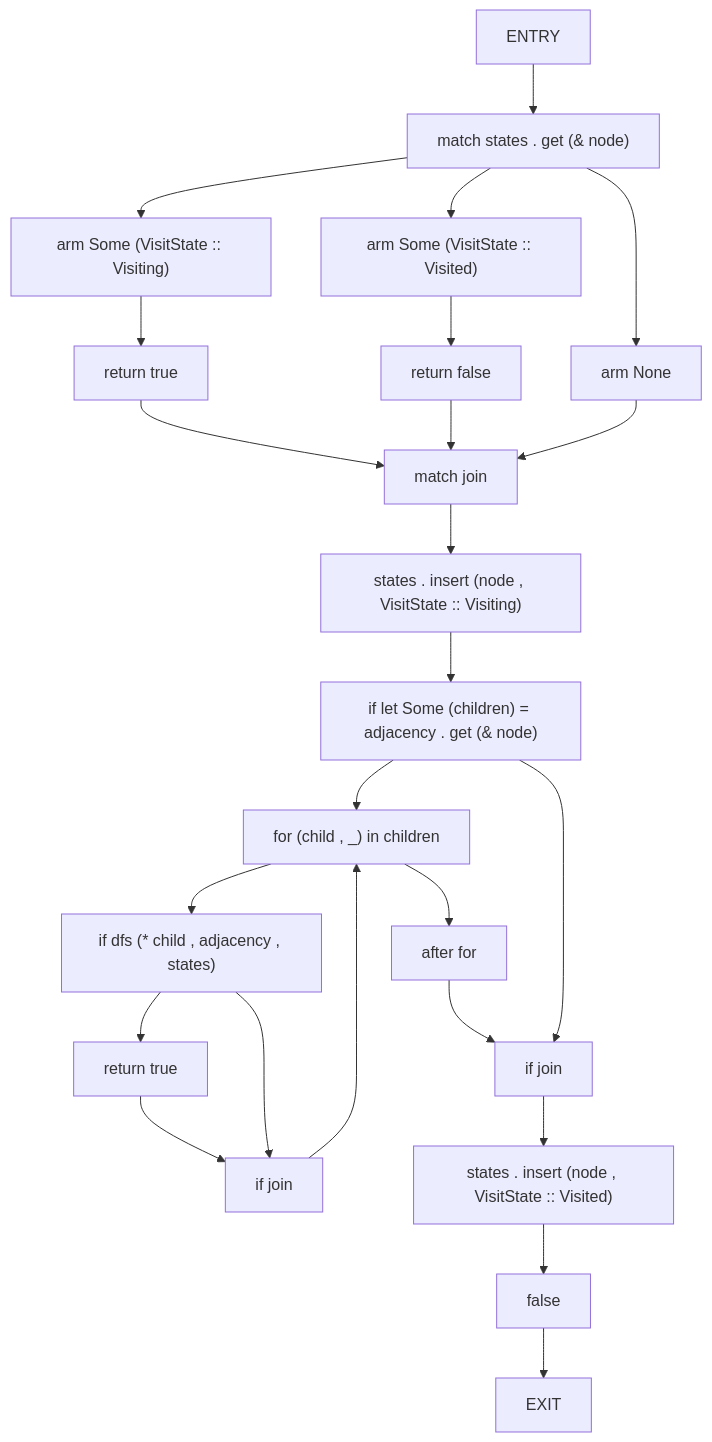
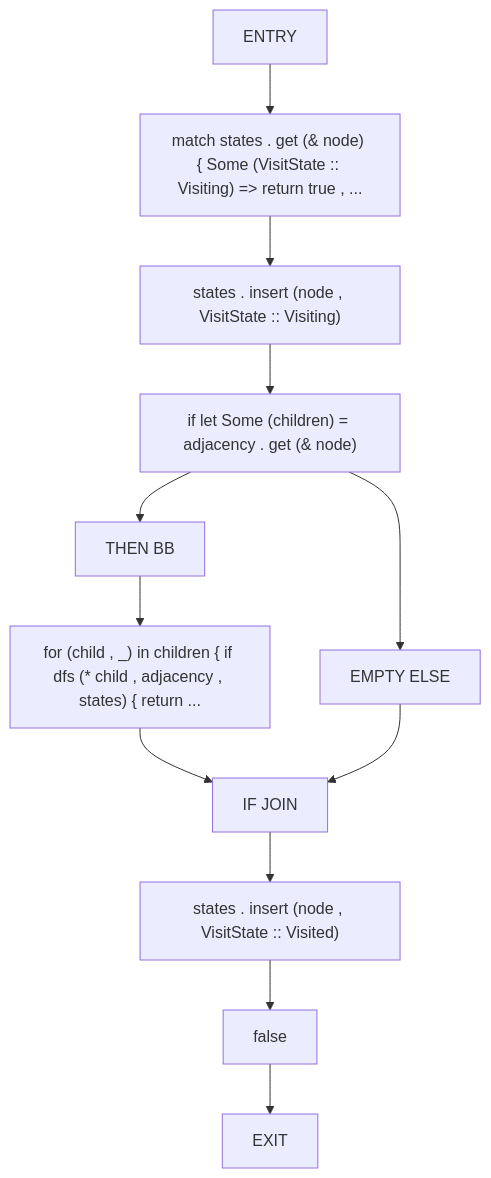
One commit to cicero-violate/MMSB changed the second of 8 diagrams in docs/analysis/cfg/030-src-03_dag.md. Above: the diagram before and after it, drawn with Mermaid. The commit also changed other lines of this file and 865 other files, not shown here.

````diff
--- a/docs/analysis/cfg/030-src-03_dag.md
+++ b/docs/analysis/cfg/030-src-03_dag.md
@@ -42,45 +42,25 @@
 ```mermaid
 flowchart TD
     dfs_0["ENTRY"]
-    dfs_1["match states . get (& node)"]
-    dfs_2["arm Some (VisitState :: Visiting)"]
-    dfs_3["return true"]
-    dfs_4["arm Some (VisitState :: Visited)"]
-    dfs_5["return false"]
-    dfs_6["arm None"]
-    dfs_7["match join"]
-    dfs_8["states . insert (node , VisitState :: Visiting)"]
-    dfs_9["if let Some (children) = adjacency . get (& node)"]
-    dfs_10["for (child , _) in children"]
-    dfs_11["if dfs (* child , adjacency , states)"]
-    dfs_12["return true"]
-    dfs_13["if join"]
-    dfs_14["after for"]
-    dfs_15["if join"]
-    dfs_16["states . insert (node , VisitState :: Visited)"]
-    dfs_17["false"]
-    dfs_18["EXIT"]
+    dfs_1["match states . get (& node) { Some (VisitState :: Visiting) => return true , ..."]
+    dfs_2["states . insert (node , VisitState :: Visiting)"]
+    dfs_3["if let Some (children) = adjacency . get (& node)"]
+    dfs_4["THEN BB"]
+    dfs_5["for (child , _) in children { if dfs (* child , adjacency , states) { return ..."]
+    dfs_6["EMPTY ELSE"]
+    dfs_7["IF JOIN"]
+    dfs_8["states . insert (node , VisitState :: Visited)"]
+    dfs_9["false"]
+    dfs_10["EXIT"]
     dfs_0 --> dfs_1
     dfs_1 --> dfs_2
     dfs_2 --> dfs_3
-    dfs_1 --> dfs_4
+    dfs_3 --> dfs_4
     dfs_4 --> dfs_5
-    dfs_1 --> dfs_6
-    dfs_3 --> dfs_7
+    dfs_3 --> dfs_6
     dfs_5 --> dfs_7
     dfs_6 --> dfs_7
     dfs_7 --> dfs_8
     dfs_8 --> dfs_9
     dfs_9 --> dfs_10
-    dfs_10 --> dfs_11
-    dfs_11 --> dfs_12
-    dfs_12 --> dfs_13
-    dfs_11 --> dfs_13
-    dfs_13 --> dfs_10
-    dfs_10 --> dfs_14
-    dfs_14 --> dfs_15
-    dfs_9 --> dfs_15
-    dfs_15 --> dfs_16
-    dfs_16 --> dfs_17
-    dfs_17 --> dfs_18
 ```
````
